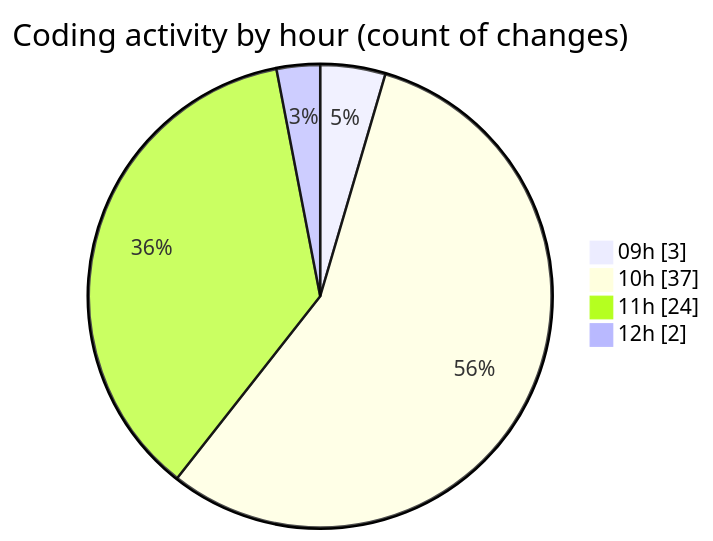
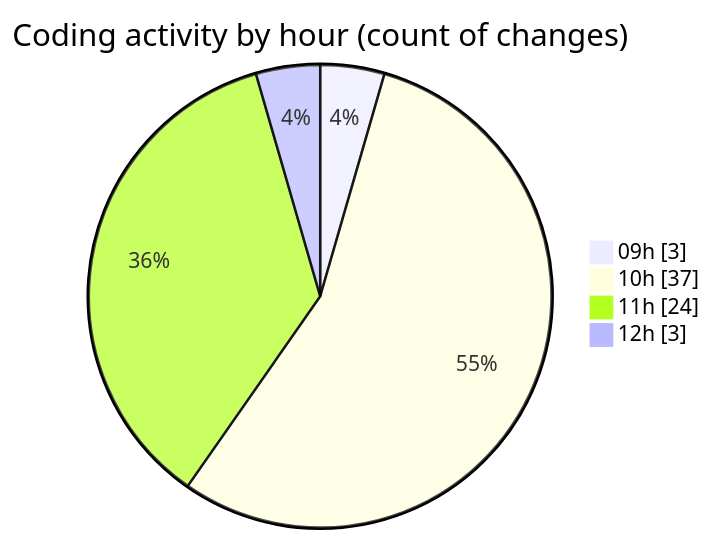
One commit to CELIANVF/code-tracking changed the second of 2 diagrams in 2025-05-02/ecodeli/README.md. Above: the diagram before and after it, drawn with Mermaid. The commit also changed other lines of this file and 1 other file, not shown here.

````diff
--- a/2025-05-02/ecodeli/README.md
+++ b/2025-05-02/ecodeli/README.md
@@ -58,8 +58,8 @@
 ```mermaid
 pie showData
 title Coding activity by hour (count of changes)
 "09h" : 3
 "10h" : 37
 "11h" : 24
-"12h" : 2
+"12h" : 3
 ```
````
